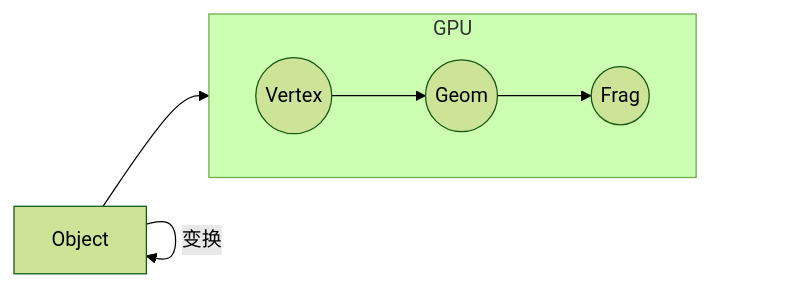
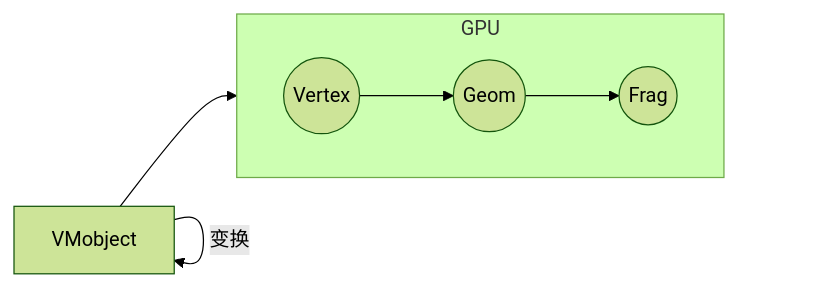
Before and after one commit to AzurIce/Notes: the first of 4 diagrams in Projects/[2024-11-12] Ranim/README.md, drawn with Mermaid (forest theme). The commit also changed other lines of this file, not shown here.

````diff
--- a/Projects/[2024-11-12] Ranim/README.md
+++ b/Projects/[2024-11-12] Ranim/README.md
@@ -21,9 +21,9 @@
 ```mermaid
 flowchart LR
-Object --变换--> Object
-Object --> GPU
+VMobject --变换--> VMobject
+VMobject --> GPU
 subgraph GPU
 direction LR
 	V((Vertex)) --> G((Geom)) --> F((Frag))
 end
 ```
````
